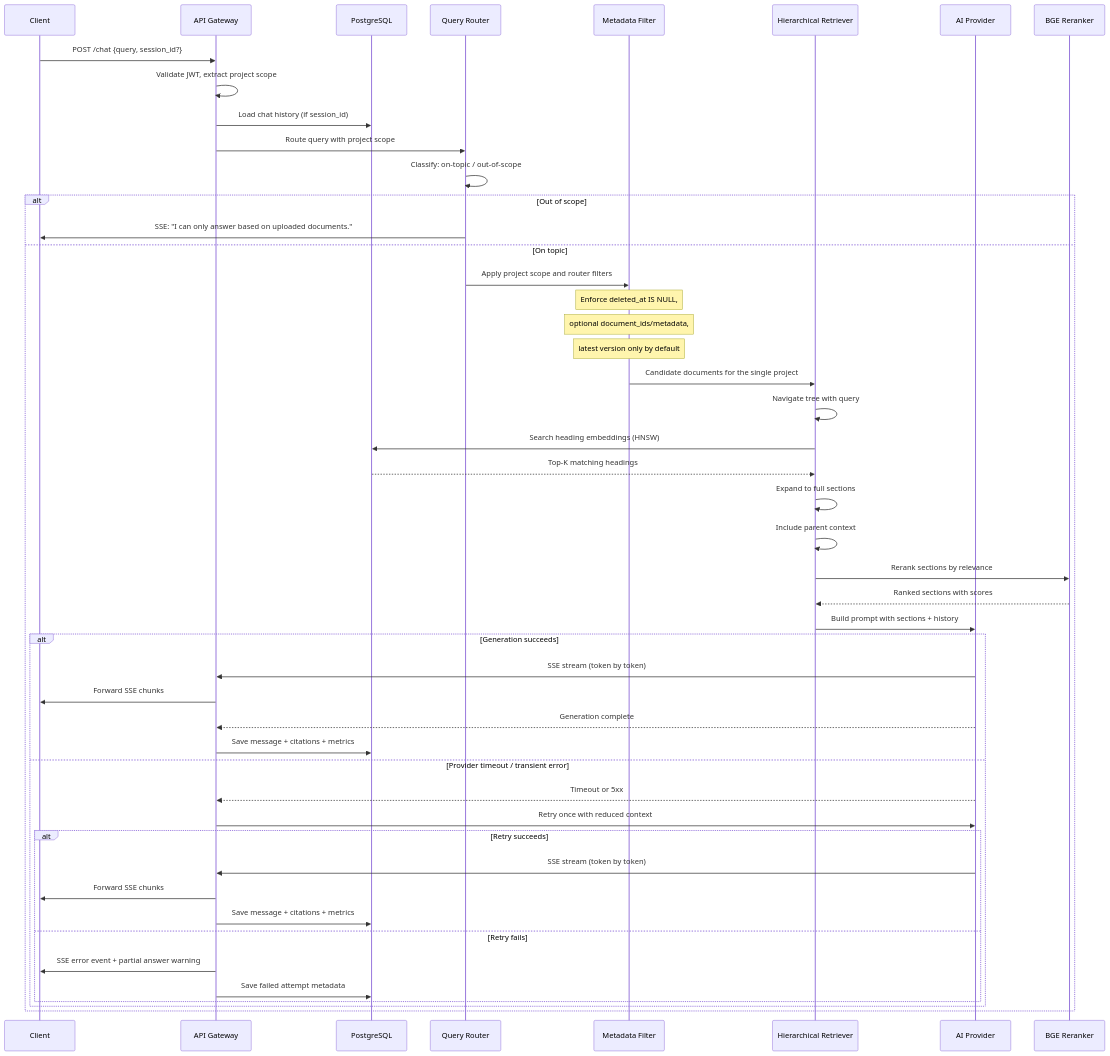
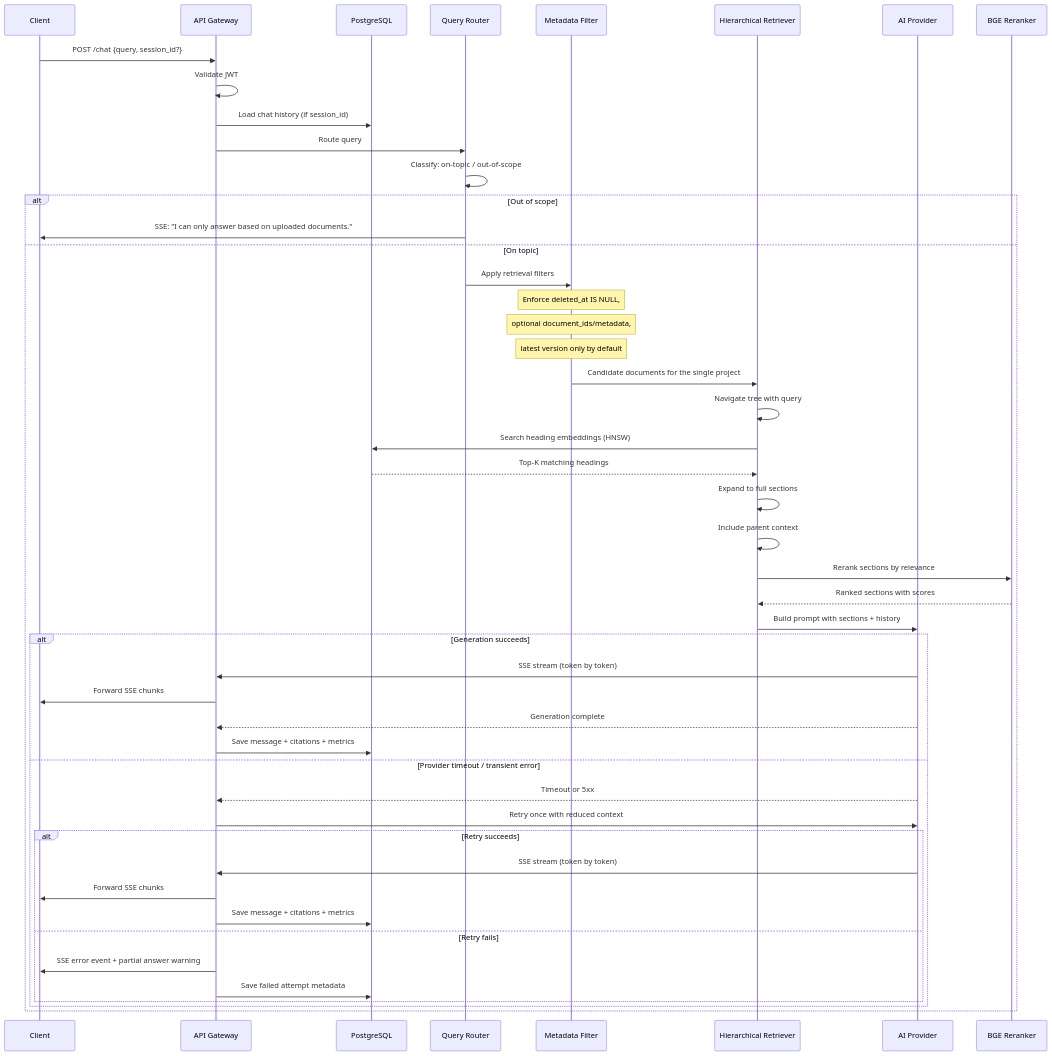
One commit to qtuanph/chatbot-rag changed the second of 4 diagrams in docs/03_CORE_WORKFLOWS.md. Above: the diagram before and after it, drawn with Mermaid. The commit also changed other lines of this file and 18 other files, not shown here.

````diff
--- a/docs/03_CORE_WORKFLOWS.md
+++ b/docs/03_CORE_WORKFLOWS.md
@@ -52,58 +52,58 @@
 ```mermaid
 sequenceDiagram
     participant C as Client
     participant API as API Gateway
     participant DB as PostgreSQL
     participant Router as Query Router
     participant Filter as Metadata Filter
     participant Retriever as Hierarchical Retriever
     participant AI as AI Provider
     participant Rerank as BGE Reranker
 
     C->>API: POST /chat {query, session_id?}
-    API->>API: Validate JWT, extract project scope
+    API->>API: Validate JWT
     API->>DB: Load chat history (if session_id)
     
-    API->>Router: Route query with project scope
+    API->>Router: Route query
     Router->>Router: Classify: on-topic / out-of-scope
     
     alt Out of scope
         Router->>C: SSE: "I can only answer based on uploaded documents."
     else On topic
-        Router->>Filter: Apply project scope and router filters
+        Router->>Filter: Apply retrieval filters
         Note over Filter: Enforce deleted_at IS NULL,
         Note over Filter: optional document_ids/metadata,
         Note over Filter: latest version only by default
         Filter->>Retriever: Candidate documents for the single project
         Retriever->>Retriever: Navigate tree with query
         
         Retriever->>DB: Search heading embeddings (HNSW)
         DB-->>Retriever: Top-K matching headings
         
         Retriever->>Retriever: Expand to full sections
         Retriever->>Retriever: Include parent context
         
         Retriever->>Rerank: Rerank sections by relevance
         Rerank-->>Retriever: Ranked sections with scores
         
         Retriever->>AI: Build prompt with sections + history
 
         alt Generation succeeds
             AI->>API: SSE stream (token by token)
             API->>C: Forward SSE chunks
             AI-->>API: Generation complete
             API->>DB: Save message + citations + metrics
         else Provider timeout / transient error
             AI-->>API: Timeout or 5xx
             API->>AI: Retry once with reduced context
             alt Retry succeeds
                 AI->>API: SSE stream (token by token)
                 API->>C: Forward SSE chunks
                 API->>DB: Save message + citations + metrics
             else Retry fails
                 API->>C: SSE error event + partial answer warning
                 API->>DB: Save failed attempt metadata
             end
         end
     end
 ```
````
